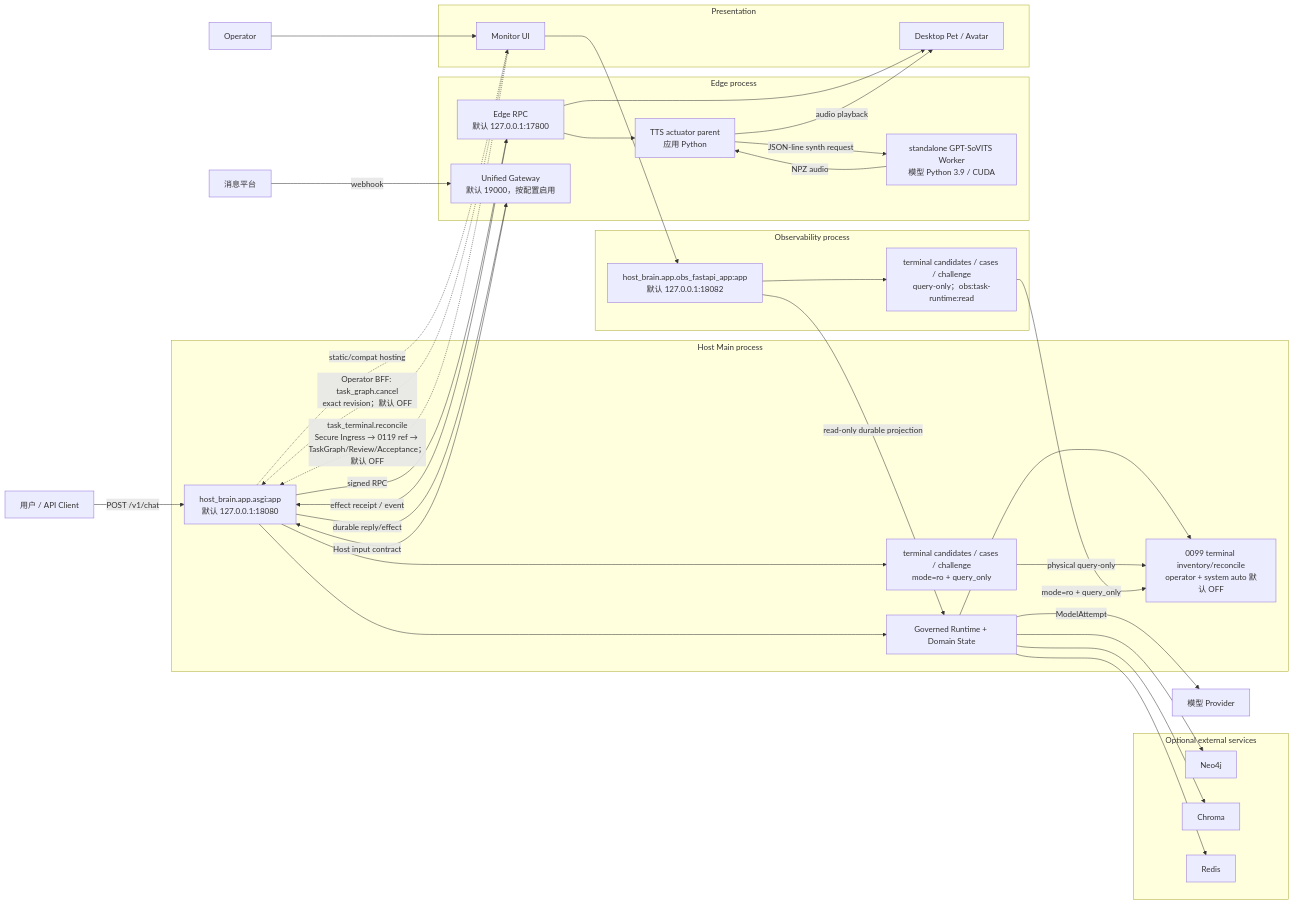
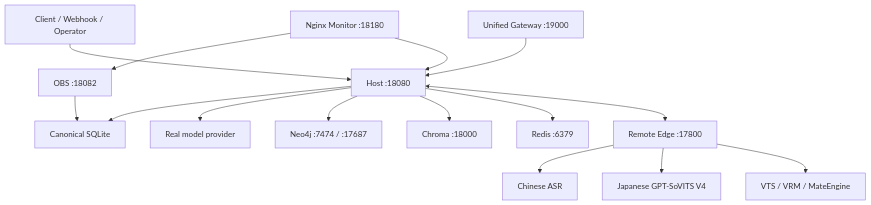
Before and after one commit to SakuraYoruno/Natsume_Ai: the diagram in docs/50_project/arch/diagrams/01_runtime_topology.md, drawn with Mermaid. The commit also changed other lines of this file and 87 other files, not shown here.

````diff
--- a/docs/50_project/arch/diagrams/01_runtime_topology.md
+++ b/docs/50_project/arch/diagrams/01_runtime_topology.md
@@ -11,63 +6,17 @@
 ```mermaid
-flowchart LR
-    USER["用户 / API Client"]
-    OP["Operator"]
-    PLATFORM["消息平台"]
-    MODEL["模型 Provider"]
-
-    subgraph HostProc["Host Main process"]
-        HOST["host_brain.app.asgi:app\n默认 127.0.0.1:18080"]
-        DOMAIN["Governed Runtime + Domain State"]
-        TERMINAL["0099 terminal inventory/reconcile\noperator + system auto 默认 OFF"]
-        HOSTTERMQUERY["terminal candidates / cases / challenge\nmode=ro + query_only"]
-        HOST --> DOMAIN --> TERMINAL
-        HOST --> HOSTTERMQUERY
-    end
-
-    subgraph ObsProc["Observability process"]
-        OBS["host_brain.app.obs_fastapi_app:app\n默认 127.0.0.1:18082"]
-        TERMQUERY["terminal candidates / cases / challenge\nquery-only；obs:task-runtime:read"]
-        OBS --> TERMQUERY
-    end
-
-    subgraph EdgeProc["Edge process"]
-        EDGE["Edge RPC\n默认 127.0.0.1:17800"]
-        GW["Unified Gateway\n默认 19000，按配置启用"]
-        TTSPARENT["TTS actuator parent\n应用 Python"]
-        TTSWORKER["standalone GPT-SoVITS Worker\n模型 Python 3.9 / CUDA"]
-        EDGE --> TTSPARENT
-        TTSPARENT -->|"JSON-line synth request"| TTSWORKER
-        TTSWORKER -->|"NPZ audio"| TTSPARENT
-    end
-
-    subgraph Presentation["Presentation"]
-        MON["Monitor UI"]
-        PET["Desktop Pet / Avatar"]
-    end
-
-    subgraph OptionalInfra["Optional external services"]
-        NEO["Neo4j"]
-        CHR["Chroma"]
-        REDIS["Redis"]
-    end
-
-    USER -->|"POST /v1/chat"| HOST
-    PLATFORM -->|"webhook"| GW
-    GW -->|"Host input contract"| HOST
-    HOST -->|"durable reply/effect"| GW
-    HOST -->|"signed RPC"| EDGE
-    EDGE -->|"effect receipt / event"| HOST
-    DOMAIN -->|"ModelAttempt"| MODEL
-    DOMAIN --> NEO
-    DOMAIN --> CHR
-    DOMAIN --> REDIS
-    OBS -->|"read-only durable projection"| DOMAIN
-    HOSTTERMQUERY -->|"physical query-only"| TERMINAL
-    TERMQUERY -->|"mode=ro + query_only"| TERMINAL
-    OP --> MON --> OBS
-    MON -.->|"Operator BFF: task_graph.cancel\nexact revision；默认 OFF"| HOST
-    MON -.->|"task_terminal.reconcile\nSecure Ingress → 0119 ref → TaskGraph/Review/Acceptance；默认 OFF"| HOST
-    EDGE --> PET
-    TTSPARENT -->|"audio playback"| PET
-    HOST -."static/compat hosting".-> MON
+flowchart TB
+    CLIENT["Client / Webhook / Operator"] --> HOST["Host :18080"]
+    HOST --> SQL["Canonical SQLite"]
+    HOST --> MODEL["Real model provider"]
+    HOST --> NEO["Neo4j :7474 / :17687"]
+    HOST --> CHROMA["Chroma :18000"]
+    HOST --> REDIS["Redis :6379"]
+    OBS["OBS :18082"] --> SQL
+    MON["Nginx Monitor :18180"] --> OBS
+    MON --> HOST
+    GW["Unified Gateway :19000"] --> HOST
+    HOST <--> EDGE["Remote Edge :17800"]
+    EDGE --> ASR["Chinese ASR"]
+    EDGE --> TTS["Japanese GPT-SoVITS V4"]
+    EDGE --> AV["VTS / VRM / MateEngine"]
 ```
````
